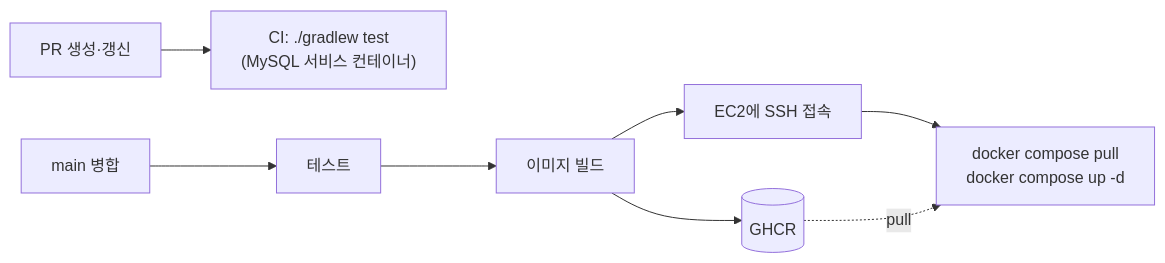
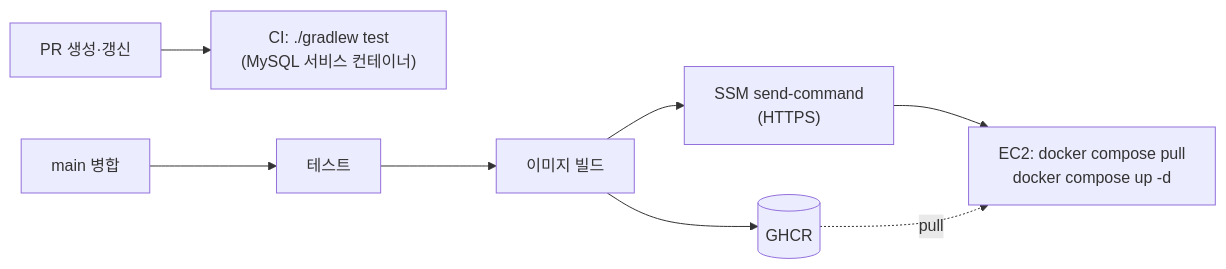
One commit to Dandi-KkoKko/KkoKko_Backend changed the diagram in docs/adr/0003-deploy-ec2-docker-ghcr.md. Above: the diagram before and after it, drawn with Mermaid. The commit also changed other lines of this file and 6 other files, not shown here.

````diff
--- a/docs/adr/0003-deploy-ec2-docker-ghcr.md
+++ b/docs/adr/0003-deploy-ec2-docker-ghcr.md
@@ -25,8 +31,8 @@
 ```mermaid
 flowchart LR
     PR[PR 생성·갱신] --> CI["CI: ./gradlew test<br/>(MySQL 서비스 컨테이너)"]
     M[main 병합] --> T[테스트] --> B[이미지 빌드] --> G[(GHCR)]
-    B --> S[EC2에 SSH 접속]
-    S --> U["docker compose pull<br/>docker compose up -d"]
+    B --> S["SSM send-command<br/>(HTTPS)"]
+    S --> U["EC2: docker compose pull<br/>docker compose up -d"]
     G -. pull .-> U
 ```
````
